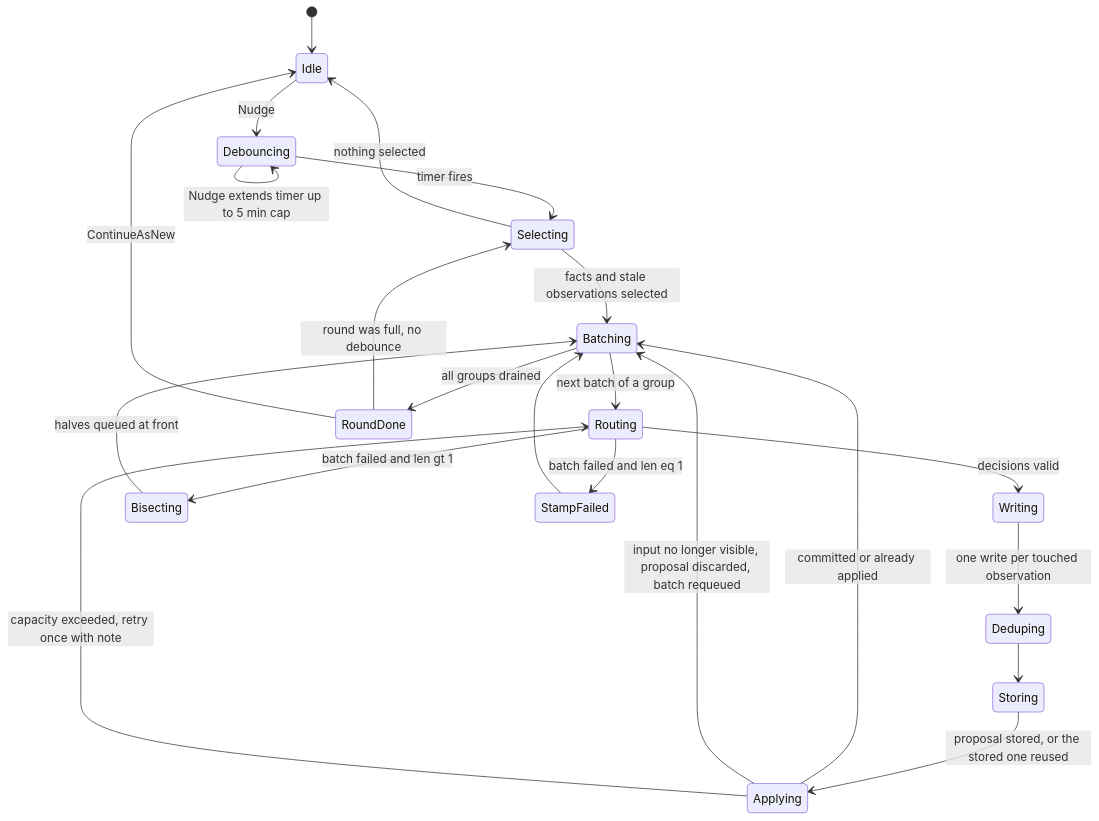
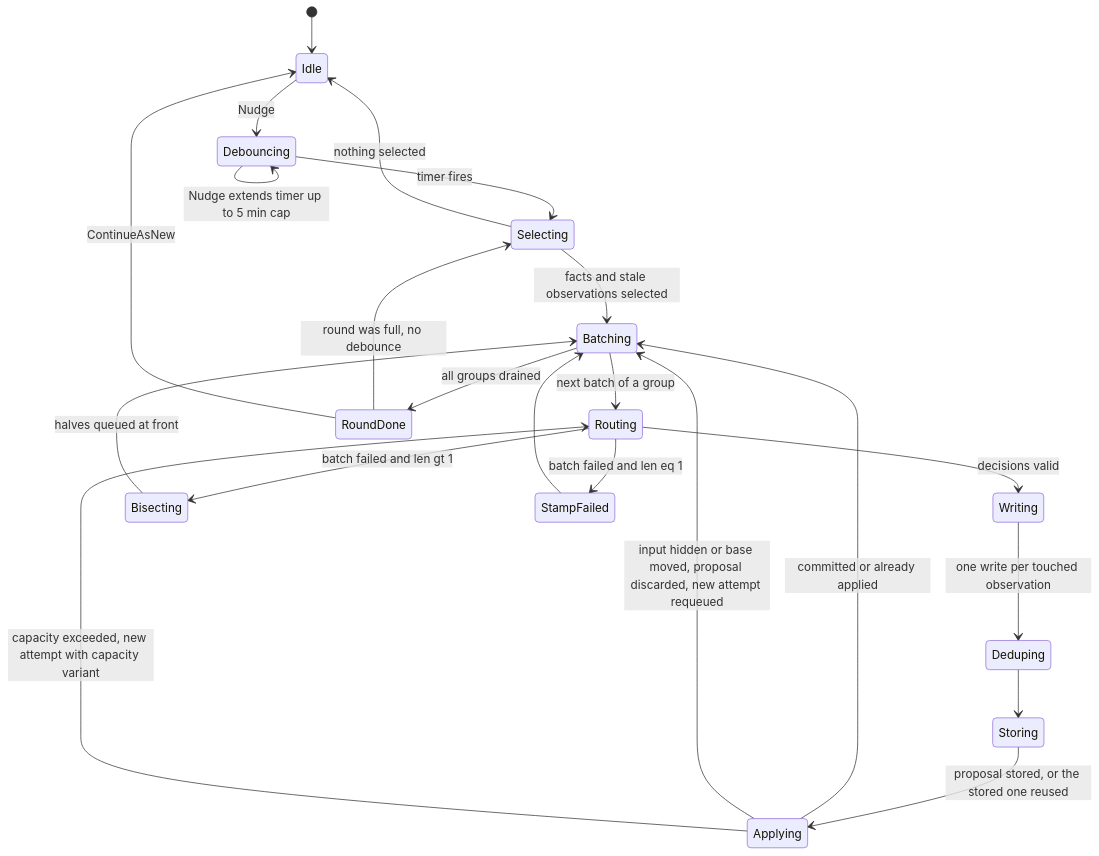
One commit to gstamatakis95/agent-memory-benchmark changed the second of 6 diagrams in plans/engram/sections/05-pipelines.md. Above: the diagram before and after it, drawn with Mermaid. The commit also changed other lines of this file and 32 other files, not shown here.

````diff
--- a/plans/engram/sections/05-pipelines.md
+++ b/plans/engram/sections/05-pipelines.md
@@ -758,24 +836,24 @@
 ```mermaid
 stateDiagram-v2
   [*] --> Idle
   Idle --> Debouncing: Nudge
   Debouncing --> Debouncing: Nudge extends timer up to 5 min cap
   Debouncing --> Selecting: timer fires
   Selecting --> Idle: nothing selected
   Selecting --> Batching: facts and stale observations selected
   Batching --> Routing: next batch of a group
   Routing --> Writing: decisions valid
   Routing --> Bisecting: batch failed and len gt 1
   Routing --> StampFailed: batch failed and len eq 1
   Bisecting --> Batching: halves queued at front
   StampFailed --> Batching
   Writing --> Deduping: one write per touched observation
   Deduping --> Storing
   Storing --> Applying: proposal stored, or the stored one reused
   Applying --> Batching: committed or already applied
-  Applying --> Batching: input no longer visible, proposal discarded, batch requeued
-  Applying --> Routing: capacity exceeded, retry once with note
+  Applying --> Batching: input hidden or base moved, proposal discarded, new attempt requeued
+  Applying --> Routing: capacity exceeded, new attempt with capacity variant
   Batching --> RoundDone: all groups drained
   RoundDone --> Selecting: round was full, no debounce
   RoundDone --> Idle: ContinueAsNew
 ```
````
